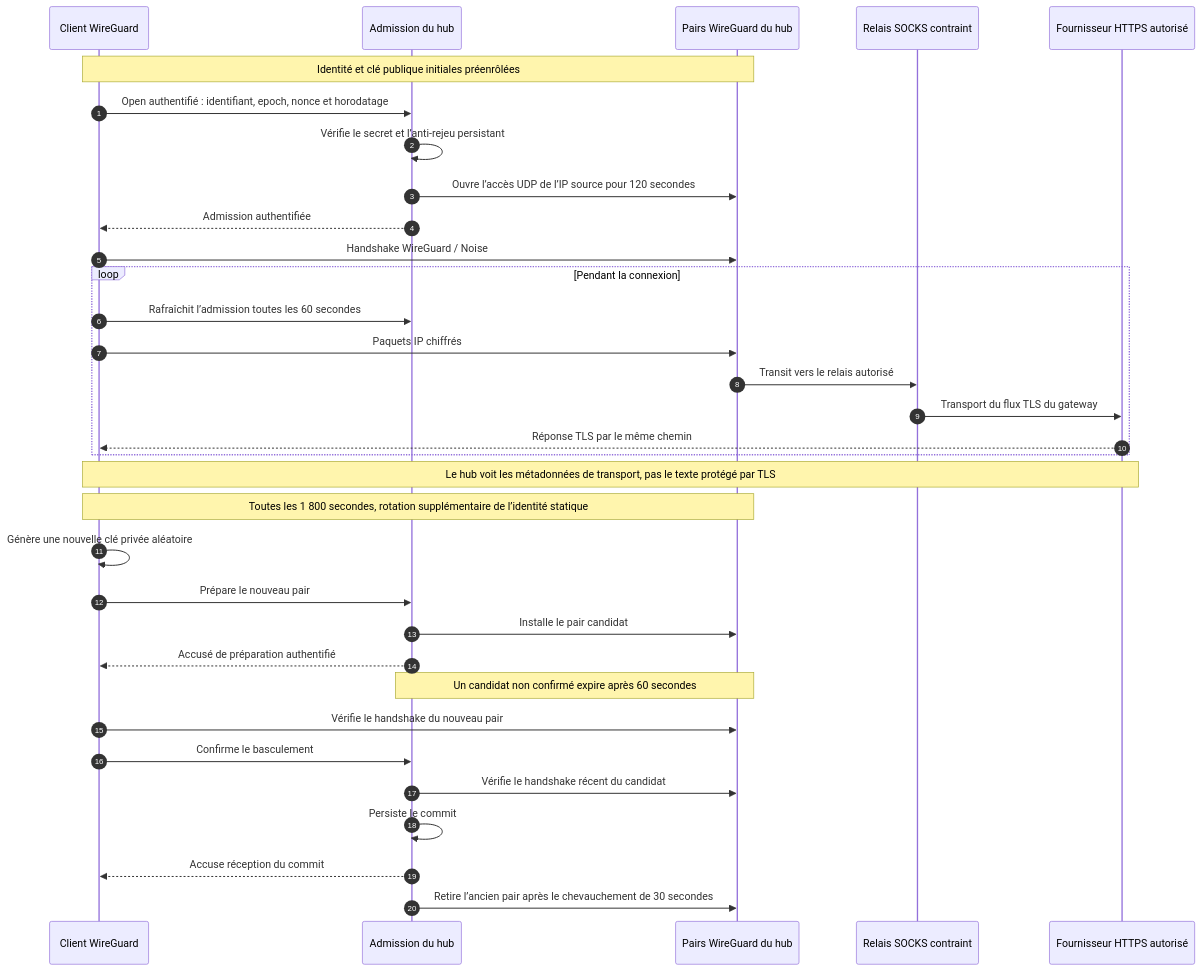
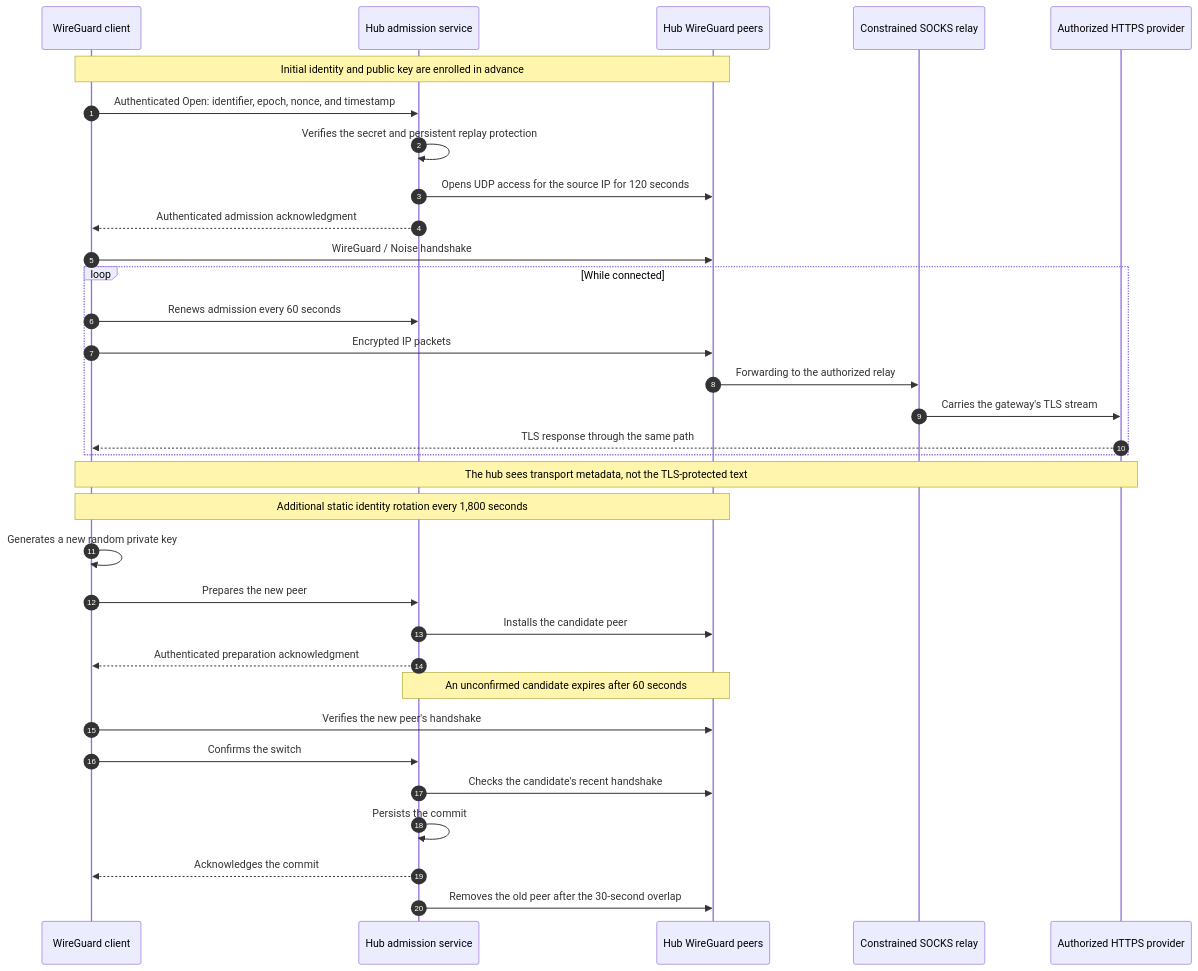
The fifth of 5 diagrams in DIAGRAMS.md (nabz0r/OMNI-OS), drawn with Mermaid before and after one commit. The commit also changed other lines of this file and 11 other files, not shown here.

````diff
--- a/DIAGRAMS.md
+++ b/DIAGRAMS.md
@@ -178,36 +178,36 @@
 ```mermaid
 sequenceDiagram
     autonumber
-    participant Client as Client WireGuard
-    participant Admission as Admission du hub
-    participant Hub as Pairs WireGuard du hub
-    participant Relay as Relais SOCKS contraint
-    participant SaaS as Fournisseur HTTPS autorisé
+    participant Client as WireGuard client
+    participant Admission as Hub admission service
+    participant Hub as Hub WireGuard peers
+    participant Relay as Constrained SOCKS relay
+    participant SaaS as Authorized HTTPS provider
 
-    Note over Client,Hub: Identité et clé publique initiales préenrôlées
-    Client->>Admission: Open authentifié : identifiant, epoch, nonce et horodatage
-    Admission->>Admission: Vérifie le secret et l’anti-rejeu persistant
-    Admission->>Hub: Ouvre l’accès UDP de l’IP source pour 120 secondes
-    Admission-->>Client: Admission authentifiée
-    Client->>Hub: Handshake WireGuard / Noise
-    loop Pendant la connexion
-        Client->>Admission: Rafraîchit l’admission toutes les 60 secondes
-        Client->>Hub: Paquets IP chiffrés
-        Hub->>Relay: Transit vers le relais autorisé
-        Relay->>SaaS: Transport du flux TLS du gateway
-        SaaS-->>Client: Réponse TLS par le même chemin
+    Note over Client,Hub: Initial identity and public key are enrolled in advance
+    Client->>Admission: Authenticated Open: identifier, epoch, nonce, and timestamp
+    Admission->>Admission: Verifies the secret and persistent replay protection
+    Admission->>Hub: Opens UDP access for the source IP for 120 seconds
+    Admission-->>Client: Authenticated admission acknowledgment
+    Client->>Hub: WireGuard / Noise handshake
+    loop While connected
+        Client->>Admission: Renews admission every 60 seconds
+        Client->>Hub: Encrypted IP packets
+        Hub->>Relay: Forwarding to the authorized relay
+        Relay->>SaaS: Carries the gateway's TLS stream
+        SaaS-->>Client: TLS response through the same path
     end
-    Note over Client,SaaS: Le hub voit les métadonnées de transport, pas le texte protégé par TLS
-    Note over Client,Hub: Toutes les 1 800 secondes, rotation supplémentaire de l’identité statique
-    Client->>Client: Génère une nouvelle clé privée aléatoire
-    Client->>Admission: Prépare le nouveau pair
-    Admission->>Hub: Installe le pair candidat
-    Admission-->>Client: Accusé de préparation authentifié
-    Note over Admission,Hub: Un candidat non confirmé expire après 60 secondes
-    Client->>Hub: Vérifie le handshake du nouveau pair
-    Client->>Admission: Confirme le basculement
-    Admission->>Hub: Vérifie le handshake récent du candidat
-    Admission->>Admission: Persiste le commit
-    Admission-->>Client: Accuse réception du commit
-    Admission->>Hub: Retire l’ancien pair après le chevauchement de 30 secondes
+    Note over Client,SaaS: The hub sees transport metadata, not the TLS-protected text
+    Note over Client,Hub: Additional static identity rotation every 1,800 seconds
+    Client->>Client: Generates a new random private key
+    Client->>Admission: Prepares the new peer
+    Admission->>Hub: Installs the candidate peer
+    Admission-->>Client: Authenticated preparation acknowledgment
+    Note over Admission,Hub: An unconfirmed candidate expires after 60 seconds
+    Client->>Hub: Verifies the new peer's handshake
+    Client->>Admission: Confirms the switch
+    Admission->>Hub: Checks the candidate's recent handshake
+    Admission->>Admission: Persists the commit
+    Admission-->>Client: Acknowledges the commit
+    Admission->>Hub: Removes the old peer after the 30-second overlap
 ```
````
